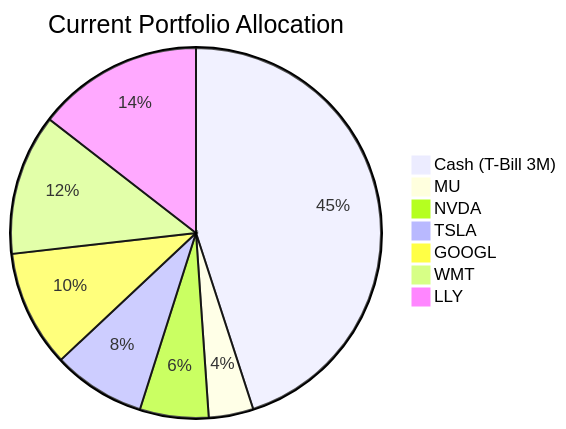
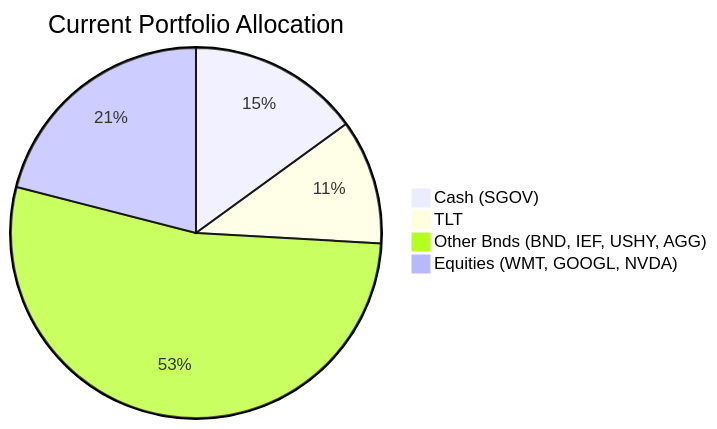
Diagram 17 of 20 in docs/sample outputs/product_investor_matching-deepseek-v4-flash.md (roger249/Bot-collaboration), drawn with Mermaid before and after one commit. The commit also changed other lines of this file and 16 other files, not shown here.

````diff
--- a/docs/sample outputs/product_investor_matching-deepseek-v4-flash.md
+++ b/docs/sample outputs/product_investor_matching-deepseek-v4-flash.md
@@ -45,10 +419,7 @@
 ```mermaid
 pie title Current Portfolio Allocation
-    "Cash (T-Bill 3M)" : 45.0
-    "MU" : 3.9
-    "NVDA" : 6.0
-    "TSLA" : 8.1
-    "GOOGL" : 10.2
-    "WMT" : 12.3
-    "LLY" : 14.5
+    "Cash (SGOV)" : 15
+    "TLT" : 10.9
+    "Other Bnds (BND, IEF, USHY, AGG)" : 53.1
+    "Equities (WMT, GOOGL, NVDA)" : 21
 ```
````
